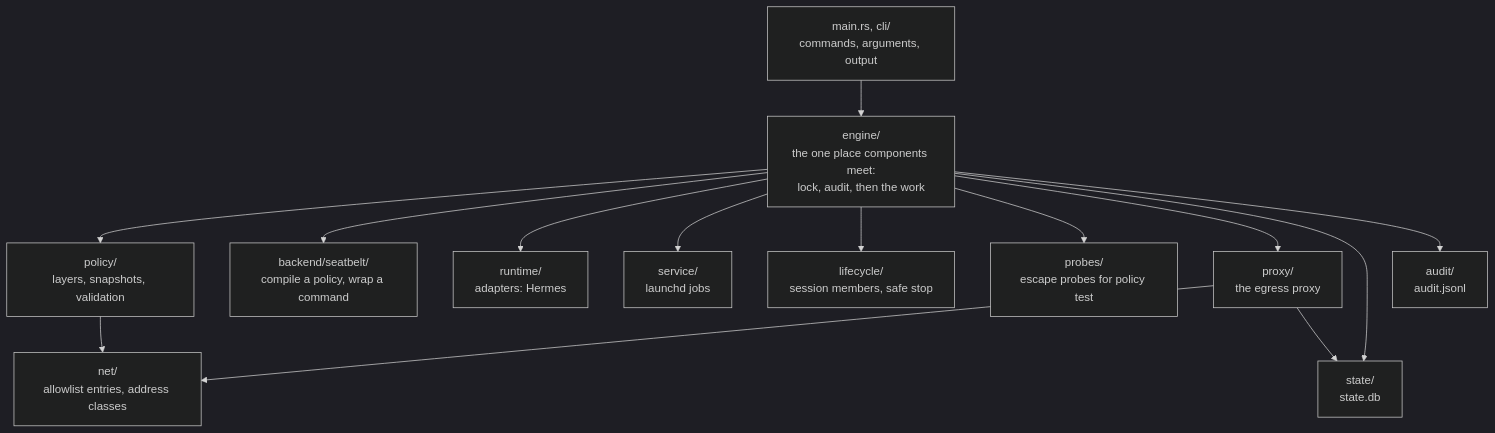
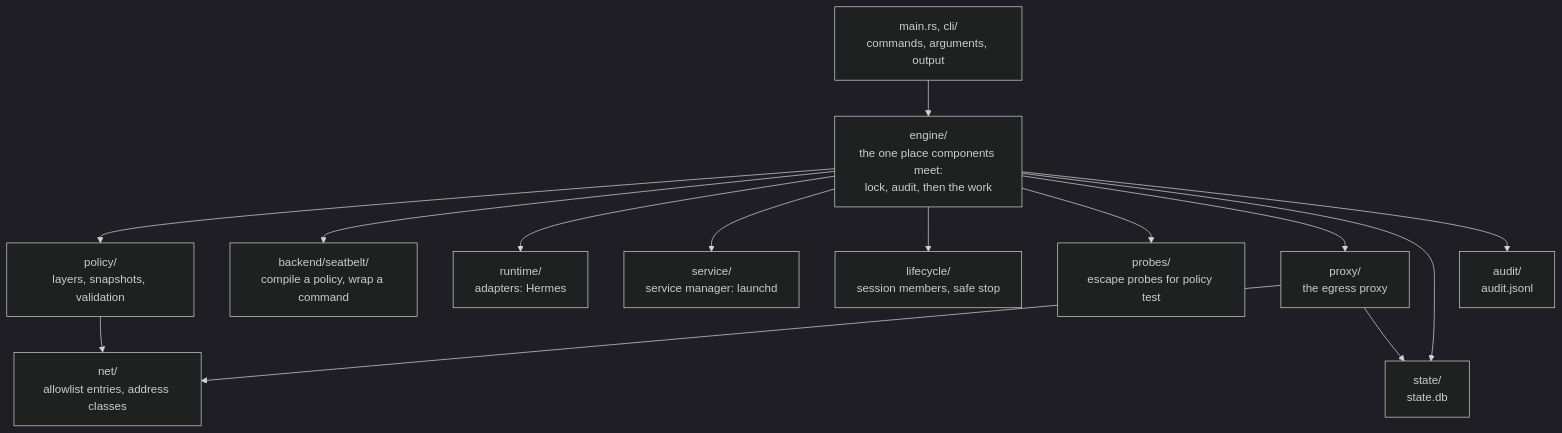
Before and after one commit to victorbonnet/enclos: the second of 3 diagrams in docs/architecture.md, drawn with Mermaid (dark theme). The commit also changed other lines of this file, not shown here.

First line of the commit message:
docs: the architecture page says services are the runtime's, by name

````diff
--- a/docs/architecture.md
+++ b/docs/architecture.md
@@ -61,18 +61,18 @@
 ```mermaid
 flowchart TB
   main["main.rs, cli/<br/>commands, arguments, output"] --> engine["engine/<br/>the one place components meet:<br/>lock, audit, then the work"]
 
   engine --> policy["policy/<br/>layers, snapshots, validation"]
   engine --> backend["backend/seatbelt/<br/>compile a policy, wrap a command"]
   engine --> runtime["runtime/<br/>adapters: Hermes"]
-  engine --> service["service/<br/>launchd jobs"]
+  engine --> service["service/<br/>service manager: launchd"]
   engine --> lifecycle["lifecycle/<br/>session members, safe stop"]
   engine --> probes["probes/<br/>escape probes for policy test"]
   engine --> proxy["proxy/<br/>the egress proxy"]
   engine --> state["state/<br/>state.db"]
   engine --> audit["audit/<br/>audit.jsonl"]
 
   policy --> netmod["net/<br/>allowlist entries, address classes"]
   proxy --> netmod
   proxy --> state
 ```
````
